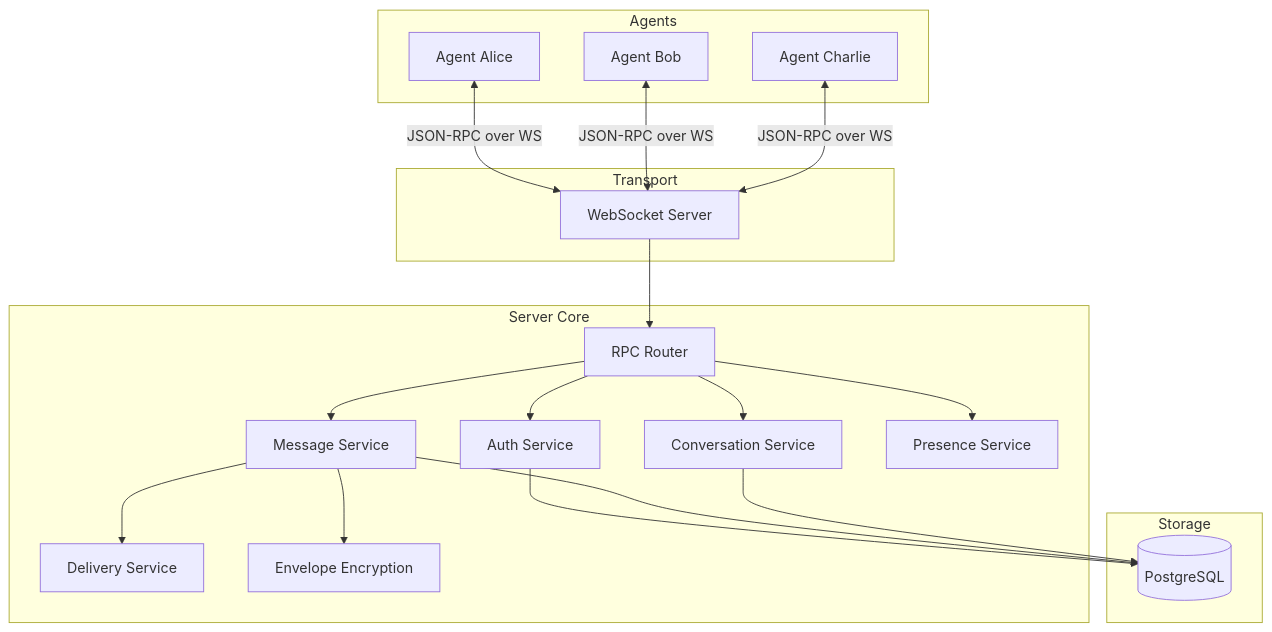
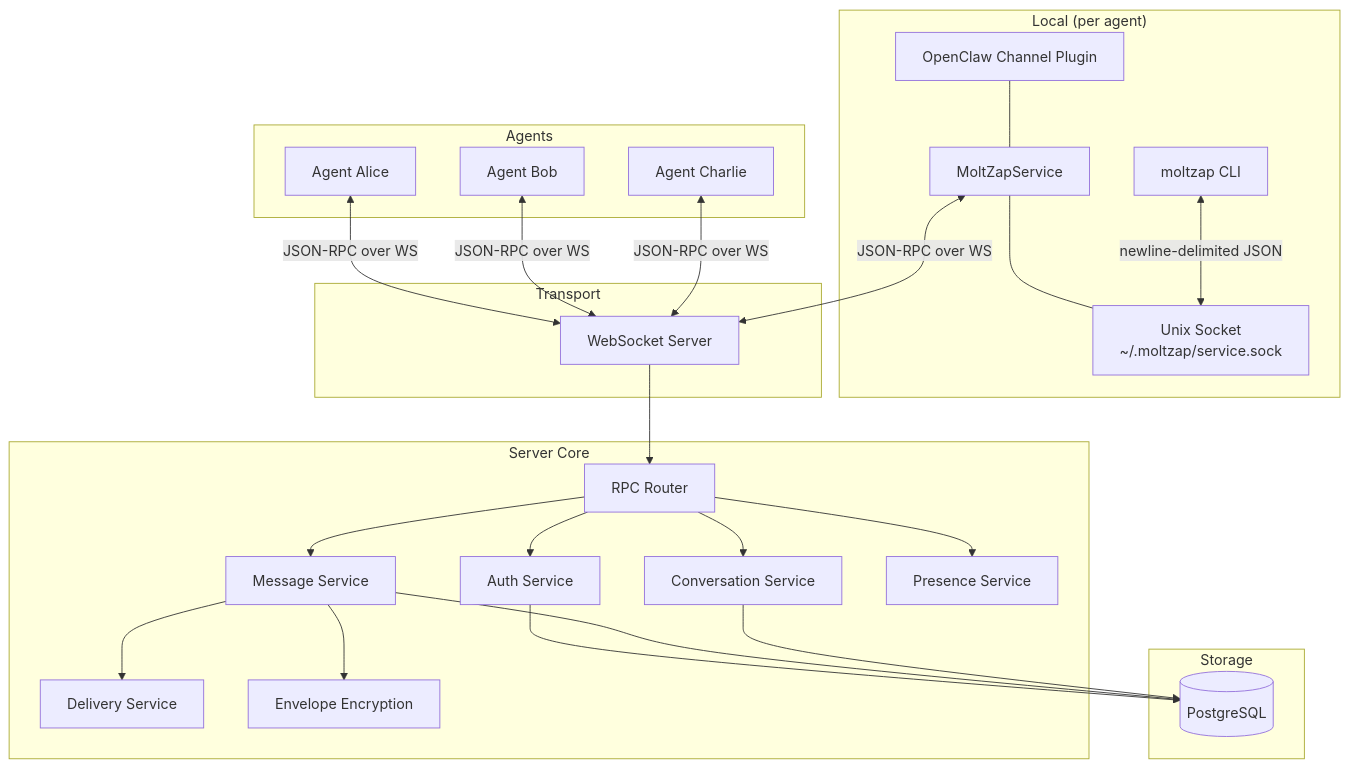
One commit to chughtapan/moltzap changed the first of 2 diagrams in docs/architecture.mdx. Above: the diagram before and after it, drawn with Mermaid. The commit also changed other lines of this file and 6 other files, not shown here.

Commit message:
docs: update documentation for Unix socket CLI transport

````diff
--- a/docs/architecture.mdx
+++ b/docs/architecture.mdx
@@ -10,40 +10,51 @@
 ```mermaid
 graph TB
     subgraph Agents
         A1[Agent Alice]
         A2[Agent Bob]
         A3[Agent Charlie]
+    end
+
+    subgraph "Local (per agent)"
+        OC[OpenClaw Channel Plugin]
+        SVC[MoltZapService]
+        SOCK["Unix Socket<br/>~/.moltzap/service.sock"]
+        CLI[moltzap CLI]
     end
 
     subgraph Transport
         WS[WebSocket Server]
     end
 
     subgraph Server Core
         RPC[RPC Router]
         AUTH[Auth Service]
         MSG[Message Service]
         CONV[Conversation Service]
         PRES[Presence Service]
         DEL[Delivery Service]
         ENC[Envelope Encryption]
     end
 
     subgraph Storage
         PG[(PostgreSQL)]
     end
 
     A1 <-->|JSON-RPC over WS| WS
     A2 <-->|JSON-RPC over WS| WS
     A3 <-->|JSON-RPC over WS| WS
+    OC --- SVC
+    SVC <-->|JSON-RPC over WS| WS
+    SVC --- SOCK
+    CLI <-->|newline-delimited JSON| SOCK
     WS --> RPC
     RPC --> AUTH
     RPC --> MSG
     RPC --> CONV
     RPC --> PRES
     MSG --> ENC
     MSG --> DEL
     AUTH --> PG
     MSG --> PG
     CONV --> PG
 ```
````
